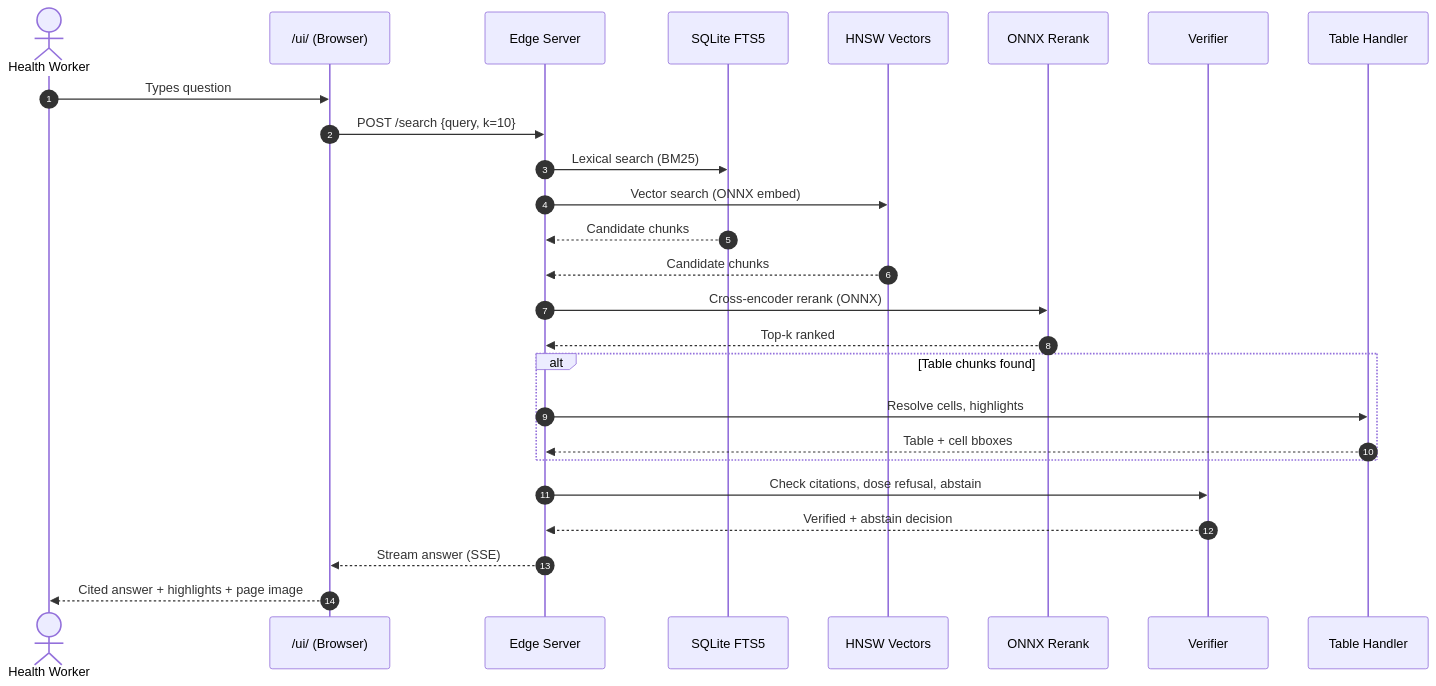
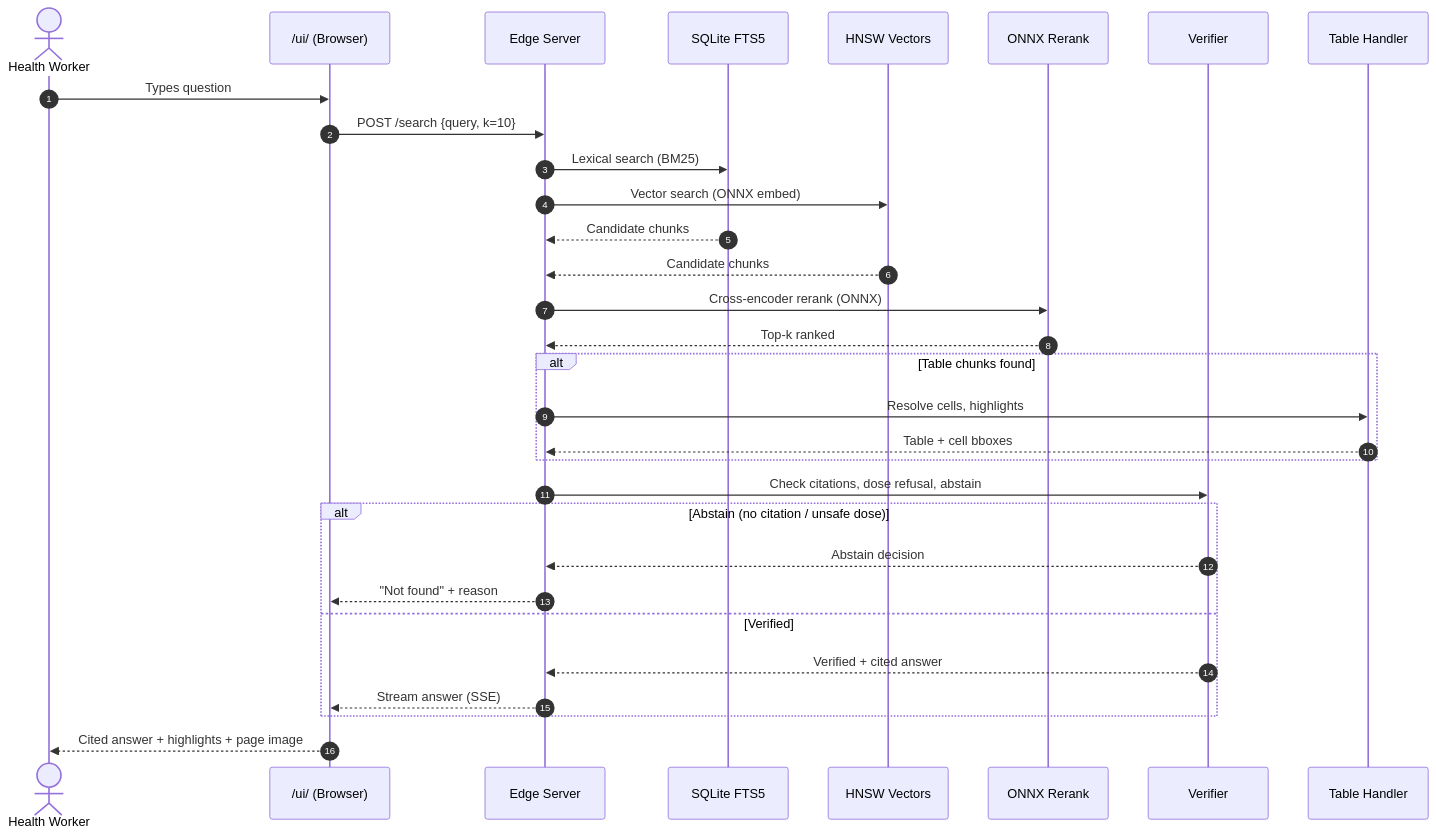
One commit to sai009/CMES-AI changed the third of 3 diagrams in docs/00-problem-statement.md. Above: the diagram before and after it, drawn with Mermaid. The commit also changed other lines of this file, not shown here.

Commit message:
Fix architecture diagrams: model IDs, gates stage, atomic swap, abstain path

````diff
--- a/docs/00-problem-statement.md
+++ b/docs/00-problem-statement.md
@@ -157,29 +159,34 @@
 ```mermaid
 sequenceDiagram
     autonumber
     actor HW as Health Worker
     participant UI as /ui/ (Browser)
     participant SERVER as Edge Server
     participant FTS as SQLite FTS5
     participant HNSW as HNSW Vectors
     participant RERANK as ONNX Rerank
     participant VERIFY as Verifier
     participant TABLE as Table Handler
 
     HW->>UI: Types question
     UI->>SERVER: POST /search {query, k=10}
     SERVER->>FTS: Lexical search (BM25)
     SERVER->>HNSW: Vector search (ONNX embed)
     FTS-->>SERVER: Candidate chunks
     HNSW-->>SERVER: Candidate chunks
     SERVER->>RERANK: Cross-encoder rerank (ONNX)
     RERANK-->>SERVER: Top-k ranked
     alt Table chunks found
         SERVER->>TABLE: Resolve cells, highlights
         TABLE-->>SERVER: Table + cell bboxes
     end
     SERVER->>VERIFY: Check citations, dose refusal, abstain
-    VERIFY-->>SERVER: Verified + abstain decision
-    SERVER-->>UI: Stream answer (SSE)
+    alt Abstain (no citation / unsafe dose)
+        VERIFY-->>SERVER: Abstain decision
+        SERVER-->>UI: "Not found" + reason
+    else Verified
+        VERIFY-->>SERVER: Verified + cited answer
+        SERVER-->>UI: Stream answer (SSE)
+    end
     UI-->>HW: Cited answer + highlights + page image
 ```
````
